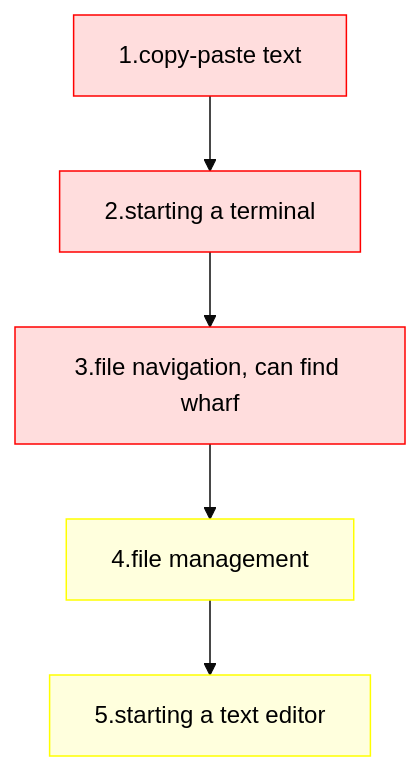
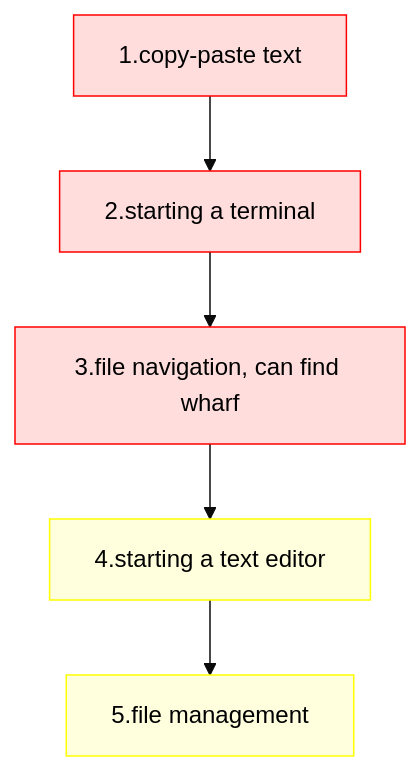
One commit to UPPMAX/bianca_workshop changed the diagram in docs/use_remote_desktop.md. Above: the diagram before and after it, drawn with Mermaid (base theme). The commit also changed other lines of this file, not shown here.

````diff
--- a/docs/use_remote_desktop.md
+++ b/docs/use_remote_desktop.md
@@ -78,14 +79,14 @@
 ```mermaid
 flowchart TD
 
   classDef minimal_node fill:#fdd,color:#000,stroke:#f00
   classDef extra_node fill:#ffd,color:#000,stroke:#ff0
 
   exercise_1[1.copy-paste text]:::minimal_node
   exercise_2[2.starting a terminal]:::minimal_node
   exercise_3[3.file navigation, can find wharf]:::minimal_node
-  exercise_4[4.file management]:::extra_node
-  exercise_5[5.starting a text editor]:::extra_node
+  exercise_4[4.starting a text editor]:::extra_node
+  exercise_5[5.file management]:::extra_node
 
   exercise_1 --> exercise_2 --> exercise_3 --> exercise_4 --> exercise_5
 ```
````
